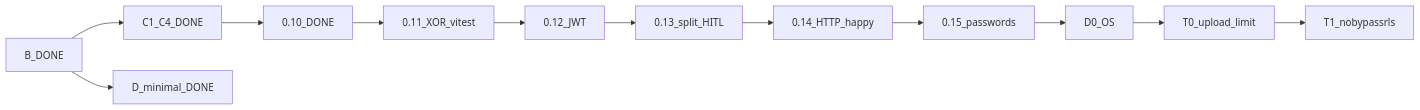
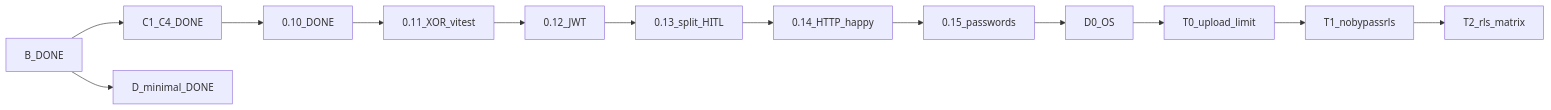
Before and after one commit to Spawn2018/OmniRoute: the diagram in docs/PLAN-REALIZACJA.md, drawn with Mermaid. The commit also changed other lines of this file and 11 other files, not shown here.

````diff
--- a/docs/PLAN-REALIZACJA.md
+++ b/docs/PLAN-REALIZACJA.md
@@ -8,14 +8,15 @@
 ```mermaid
 flowchart LR
   doneB[B_DONE] --> doneC[C1_C4_DONE]
   doneC --> doneC5[0.10_DONE]
   doneC5 --> doneXor[0.11_XOR_vitest]
   doneXor --> doneJwt[0.12_JWT]
   doneJwt --> doneSplit[0.13_split_HITL]
   doneSplit --> doneHttp[0.14_HTTP_happy]
   doneHttp --> donePwd[0.15_passwords]
   donePwd --> doneD0[D0_OS]
   doneD0 --> doneT0[T0_upload_limit]
-  doneT0 --> next[T1_nobypassrls]
+  doneT0 --> doneT1[T1_nobypassrls]
+  doneT1 --> next[T2_rls_matrix]
   doneB --> doneD[D_minimal_DONE]
 ```
````
